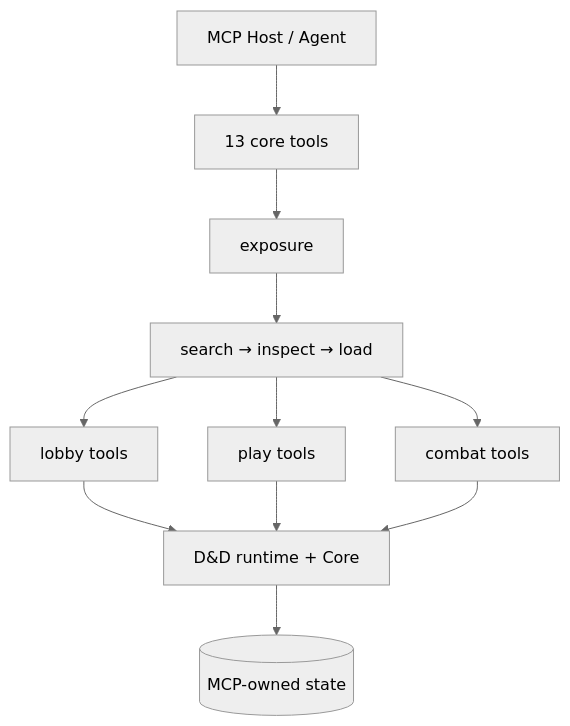
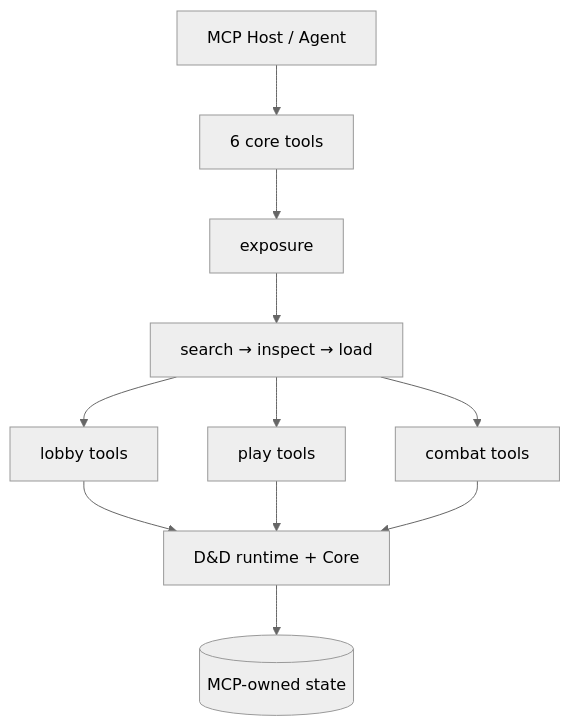
One commit to SagaSmithAI/SagaSmith-dnd-mcp changed the diagram in README.md. Above: the diagram before and after it, drawn with Mermaid (neutral theme). The commit also changed other lines of this file and 7 other files, not shown here.

````diff
--- a/README.md
+++ b/README.md
@@ -37,13 +54,13 @@
 ```mermaid
 flowchart TB
-    H[MCP Host / Agent] --> C[13 core tools]
+    H[MCP Host / Agent] --> C[6 core tools]
     C --> O[exposure]
     O --> S[search → inspect → load]
     S --> L[lobby tools]
     S --> P[play tools]
     S --> B[combat tools]
     L --> R[D&D runtime + Core]
     P --> R
     B --> R
     R --> D[(MCP-owned state)]
 ```
````
